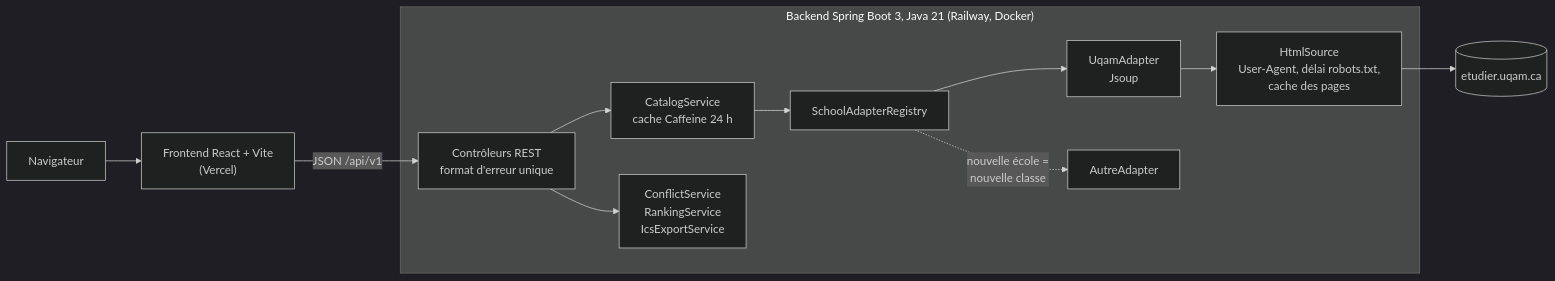
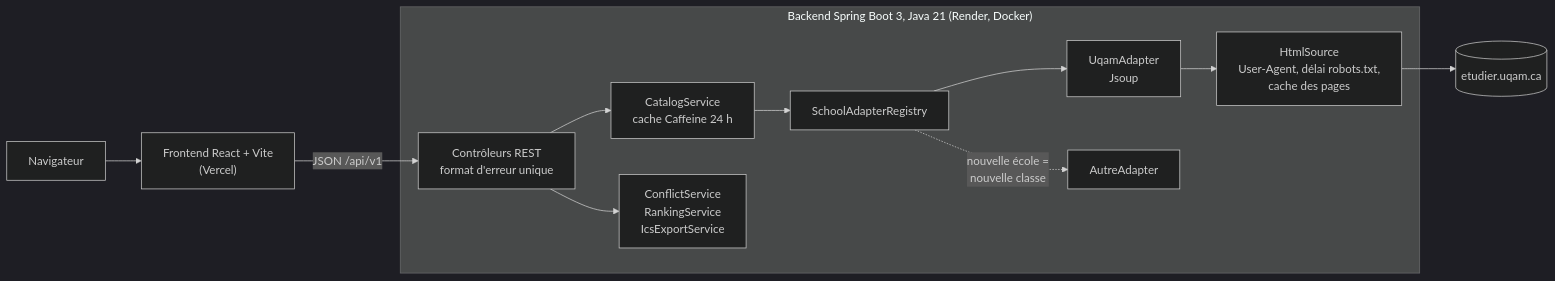
Before and after one commit to Chakib-Selhi/HoraireSync: the diagram in README.md, drawn with Mermaid (dark theme). The commit also changed other lines of this file and 1 other file, not shown here.

Commit message:
docs: point the README to the Render API and document the free-tier wake-up

````diff
--- a/README.md
+++ b/README.md
@@ -33,14 +33,14 @@
 ```mermaid
 flowchart LR
     U[Navigateur] --> F["Frontend React + Vite<br/>(Vercel)"]
     F -- "JSON /api/v1" --> C
-    subgraph B["Backend Spring Boot 3, Java 21 (Railway, Docker)"]
+    subgraph B["Backend Spring Boot 3, Java 21 (Render, Docker)"]
         C[Contrôleurs REST<br/>format d'erreur unique] --> CS[CatalogService<br/>cache Caffeine 24 h]
         C --> SV[ConflictService<br/>RankingService<br/>IcsExportService]
         CS --> R[SchoolAdapterRegistry]
         R --> A1[UqamAdapter<br/>Jsoup]
         R -. "nouvelle école =<br/>nouvelle classe" .-> A2[AutreAdapter]
         A1 --> H[HtmlSource<br/>User-Agent, délai robots.txt,<br/>cache des pages]
     end
     H --> S[(etudier.uqam.ca)]
 ```
````
